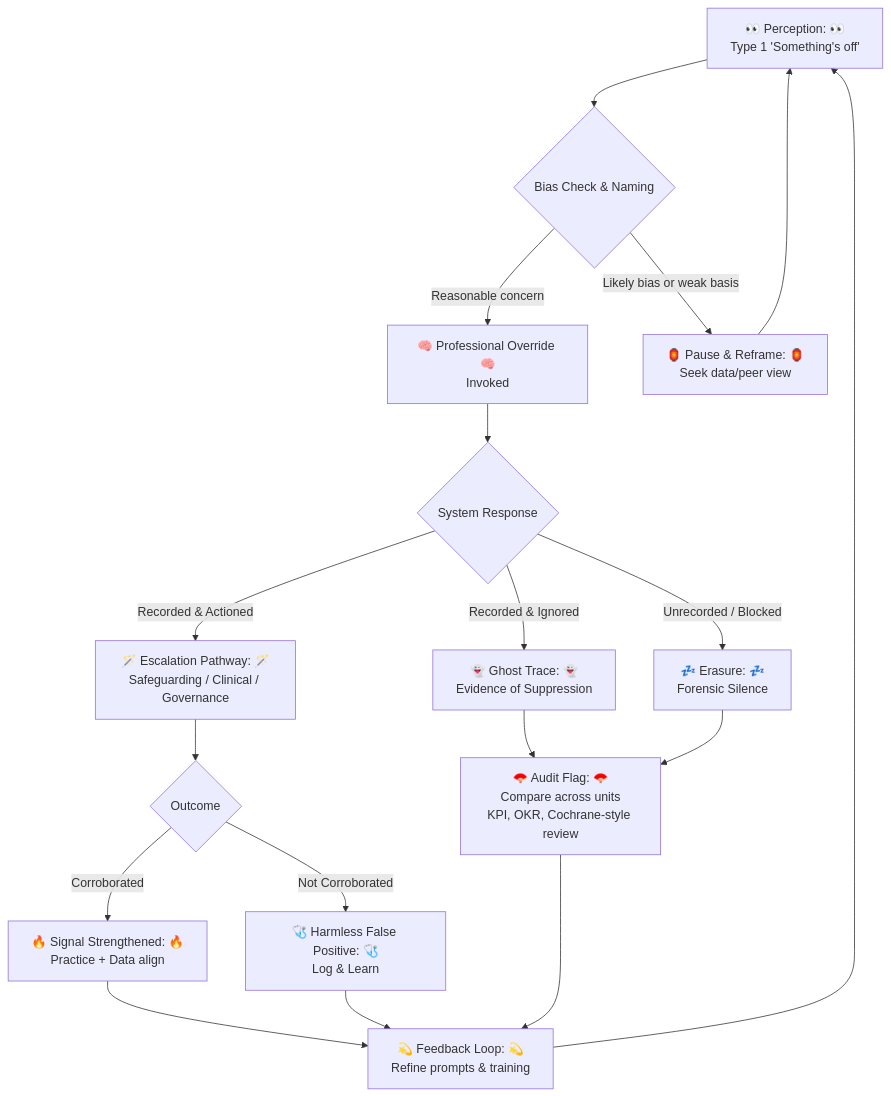
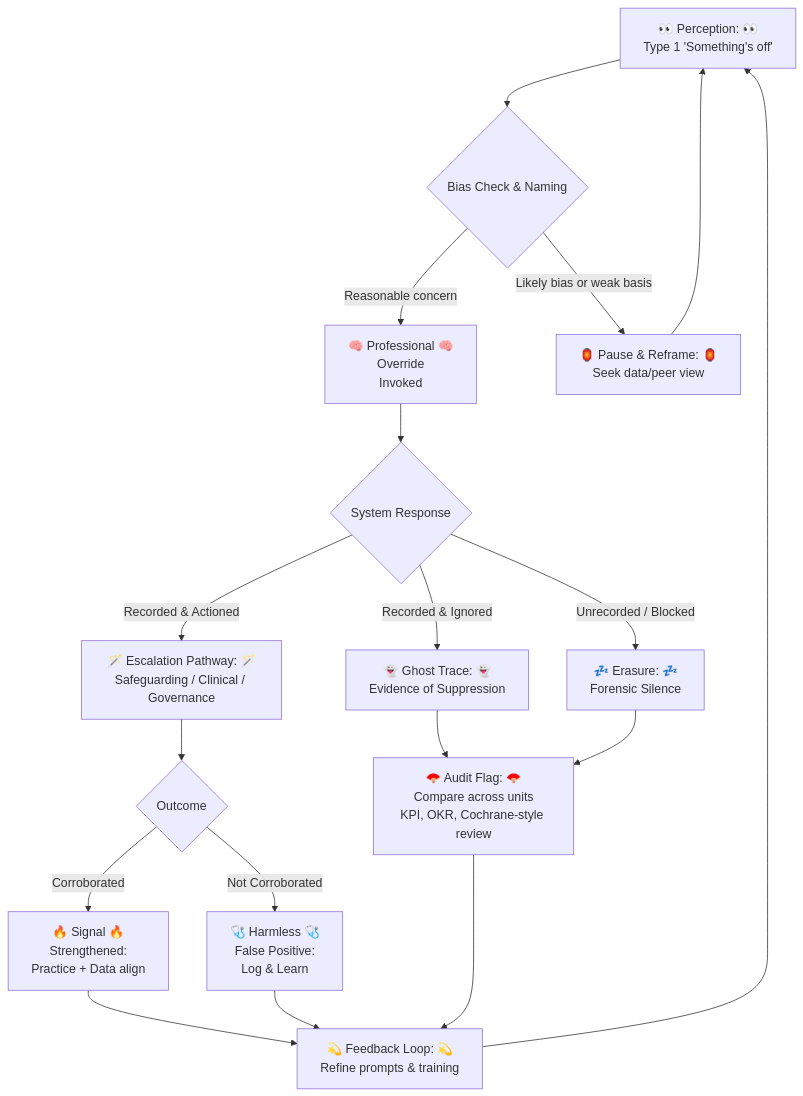
The diagram in Disruption_Kit/Big_Picture_Protocols/🌱_Human_Principles/🧠_intuition_as_skill.md (josefsbreakfast/Polaris-Protocol), drawn with Mermaid before and after one commit.

````diff
--- a/Disruption_Kit/Big_Picture_Protocols/🌱_Human_Principles/🧠_intuition_as_skill.md
+++ b/Disruption_Kit/Big_Picture_Protocols/🌱_Human_Principles/🧠_intuition_as_skill.md
@@ -44,19 +44,19 @@
 ```mermaid
 flowchart TD
     A[👀 Perception: 👀<br>Type 1 'Something's off'] --> B{Bias Check & Naming}
-    B -->|Reasonable concern| C[🧠 Professional Override 🧠<br>Invoked]
+    B -->|Reasonable concern| C[🧠 Professional 🧠<br>Override<br>Invoked]
     B -->|Likely bias or weak basis| B2[🏮 Pause & Reframe: 🏮<br>Seek data/peer view] --> A
     C --> D{System Response}
     D -->|Recorded & Actioned| E[🪄 Escalation Pathway: 🪄<br>Safeguarding / Clinical / Governance]
     D -->|Recorded & Ignored| F[👻 Ghost Trace: 👻<br>Evidence of Suppression]
     D -->|Unrecorded / Blocked| G[💤 Erasure: 💤<br>Forensic Silence]
     E --> H{Outcome}
-    H -->|Corroborated| I[🔥 Signal Strengthened: 🔥<br>Practice + Data align]
-    H -->|Not Corroborated| J[🩺 Harmless False Positive: 🩺<br>Log & Learn]
+    H -->|Corroborated| I[🔥 Signal 🔥<br>Strengthened:<br>Practice + Data align]
+    H -->|Not Corroborated| J[🩺 Harmless 🩺<br>False Positive:<br>Log & Learn]
     F --> K[🪭 Audit Flag: 🪭<br>Compare across units<br>KPI, OKR, Cochrane-style review]
     G --> K
     I --> L[💫 Feedback Loop: 💫<br>Refine prompts & training]
     J --> L
     K --> L
     L --> A
 ```
````
